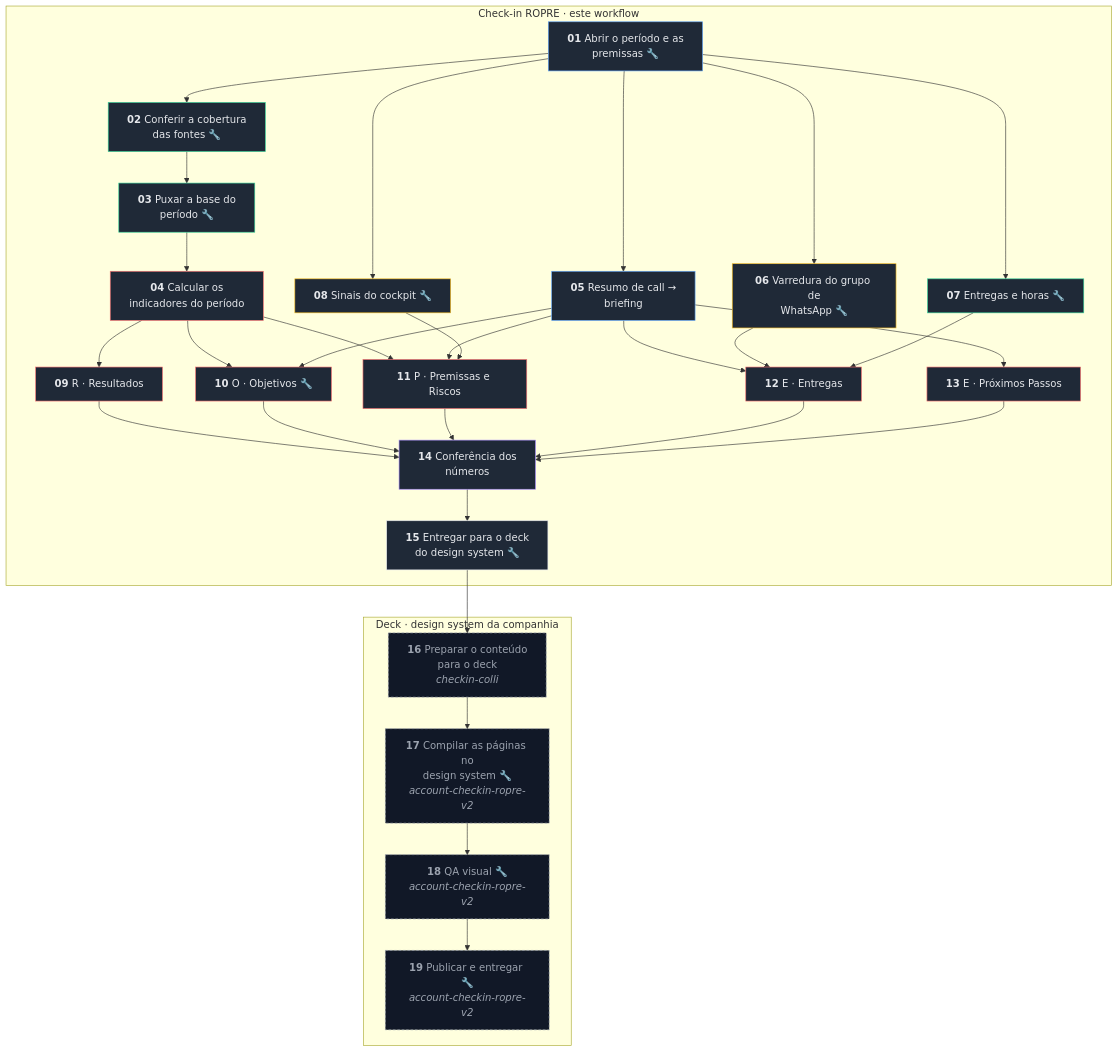
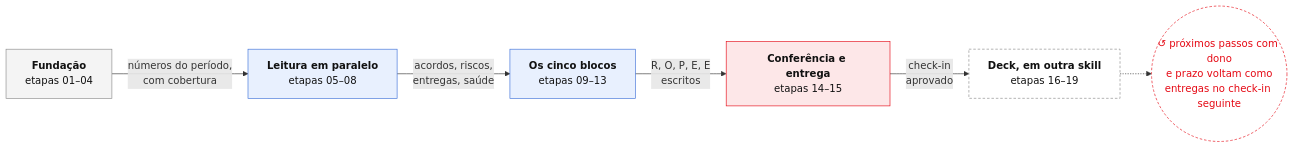
One commit to jeanreisv4/growth-enginner changed the diagram in checkin-ropre/README.md. Above: the diagram before and after it, drawn with Mermaid. The commit also changed other lines of this file and 17 other files, not shown here.

````diff
--- a/checkin-ropre/README.md
+++ b/checkin-ropre/README.md
@@ -30,71 +28,20 @@
 ```mermaid
-flowchart TD
-    subgraph CHECKIN["Check-in ROPRE · este workflow"]
-        E01["<b>01</b> Abrir o período e as<br/>premissas 🔧"]
-        E02["<b>02</b> Conferir a cobertura<br/>das fontes 🔧"]
-        E03["<b>03</b> Puxar a base do<br/>período 🔧"]
-        E04["<b>04</b> Calcular os<br/>indicadores do período"]
-        E05["<b>05</b> Resumo de call →<br/>briefing"]
-        E06["<b>06</b> Varredura do grupo de<br/>WhatsApp 🔧"]
-        E07["<b>07</b> Entregas e horas 🔧"]
-        E08["<b>08</b> Sinais do cockpit 🔧"]
-        E09["<b>09</b> R · Resultados"]
-        E10["<b>10</b> O · Objetivos 🔧"]
-        E11["<b>11</b> P · Premissas e Riscos"]
-        E12["<b>12</b> E · Entregas"]
-        E13["<b>13</b> E · Próximos Passos"]
-        E14["<b>14</b> Conferência dos<br/>números"]
-        E15["<b>15</b> Entregar para o deck<br/>do design system 🔧"]
-    end
+flowchart LR
+    classDef entrada fill:#F4F4F4,stroke:#8A8A8A,color:#111
+    classDef calculo fill:#E8F0FE,stroke:#3B6FD8,color:#111
+    classDef saida fill:#E3F6E8,stroke:#2E9A4F,color:#111
+    classDef trava fill:#FDE7E8,stroke:#E50914,color:#111
+    classDef outra fill:#FFFFFF,stroke:#8A8A8A,stroke-dasharray:4 3,color:#111
+    classDef loop fill:#FFFFFF,stroke:#E50914,stroke-dasharray:4 3,color:#E50914
 
-    subgraph DECK["Deck · design system da companhia"]
-        E16["<b>16</b> Preparar o conteúdo<br/>para o deck<br/><i>checkin-colli</i>"]
-        E17["<b>17</b> Compilar as páginas no<br/>design system 🔧<br/><i>account-checkin-ropre-v2</i>"]
-        E18["<b>18</b> QA visual 🔧<br/><i>account-checkin-ropre-v2</i>"]
-        E19["<b>19</b> Publicar e entregar 🔧<br/><i>account-checkin-ropre-v2</i>"]
-    end
-
-    E01 --> E02
-    E01 --> E05
-    E01 --> E06
-    E01 --> E07
-    E01 --> E08
-    E02 --> E03
-    E03 --> E04
-    E04 --> E09
-    E04 --> E10
-    E04 --> E11
-    E05 --> E10
-    E05 --> E11
-    E05 --> E12
-    E05 --> E13
-    E06 --> E12
-    E07 --> E12
-    E08 --> E11
-    E09 --> E14
-    E10 --> E14
-    E11 --> E14
-    E12 --> E14
-    E13 --> E14
-    E14 --> E15
-    E15 --> E16
-    E16 --> E17
-    E17 --> E18
-    E18 --> E19
-
-    class E01,E05 briefing;
-    class E02,E03,E07 dados;
-    class E06,E08 pesquisa;
-    class E04,E09,E10,E11,E12,E13 analise;
-    class E14 revisao;
-    class E15 entrega;
-    class E16,E17,E18,E19 outra;
-
-    classDef briefing fill:#1f2937,stroke:#60a5fa,color:#e5e7eb;
-    classDef dados fill:#1f2937,stroke:#34d399,color:#e5e7eb;
-    classDef pesquisa fill:#1f2937,stroke:#fbbf24,color:#e5e7eb;
-    classDef analise fill:#1f2937,stroke:#f87171,color:#e5e7eb;
-    classDef revisao fill:#1f2937,stroke:#a78bfa,color:#e5e7eb;
-    classDef entrega fill:#1f2937,stroke:#e5e7eb,color:#e5e7eb;
-    classDef outra fill:#111827,stroke:#9ca3af,color:#9ca3af,stroke-dasharray:4 3;
+    F0["<b>Fundação</b><br/>etapas 01–04"]:::entrada
+    F1["<b>Leitura em paralelo</b><br/>etapas 05–08"]:::calculo
+    F2["<b>Os cinco blocos</b><br/>etapas 09–13"]:::calculo
+    F3["<b>Conferência e entrega</b><br/>etapas 14–15"]:::trava
+    F4["<b>Deck, em outra skill</b><br/>etapas 16–19"]:::outra
+    F0 -->|"números do período,<br/>com cobertura"| F1
+    F1 -->|"acordos, riscos,<br/>entregas, saúde"| F2
+    F2 -->|"R, O, P, E, E<br/>escritos"| F3
+    F3 -->|"check-in<br/>aprovado"| F4
+    F4 -.-> L(("↺ próximos passos com dono<br/>e prazo voltam como<br/>entregas no check-in seguinte")):::loop
 ```
````
